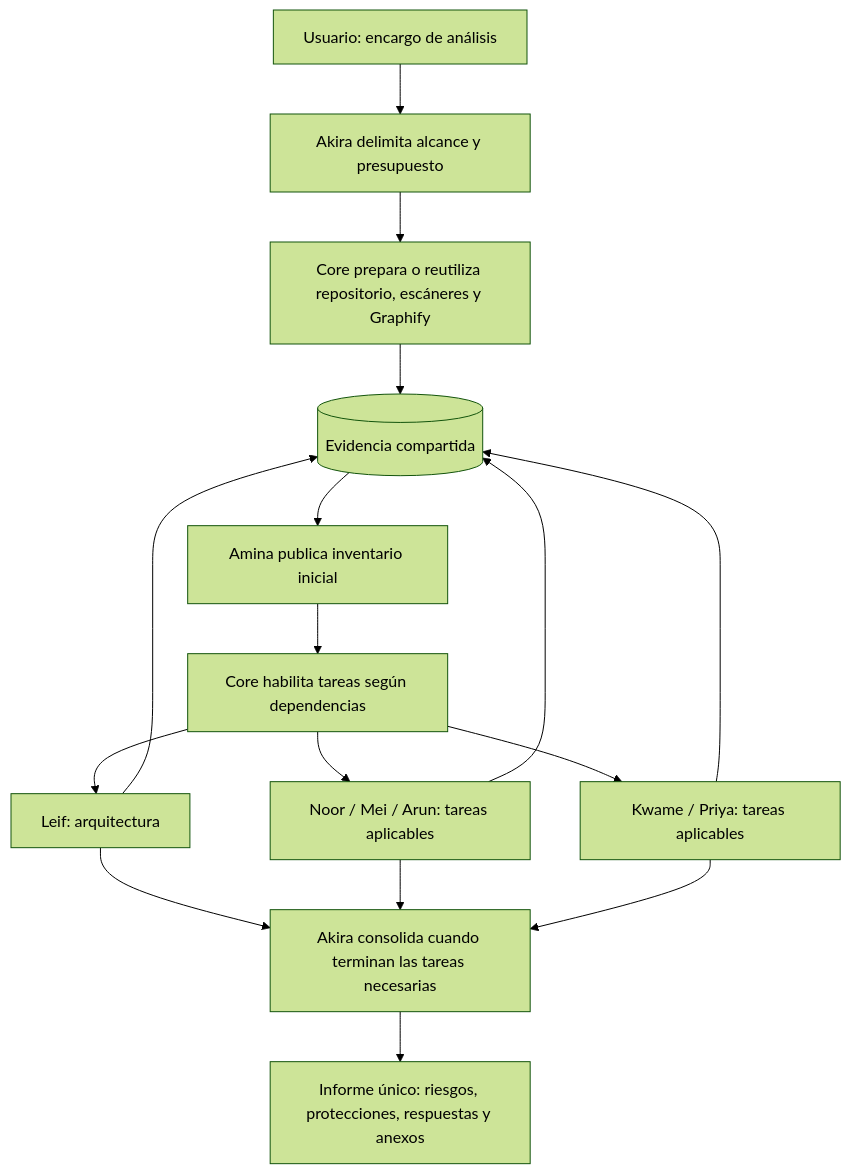
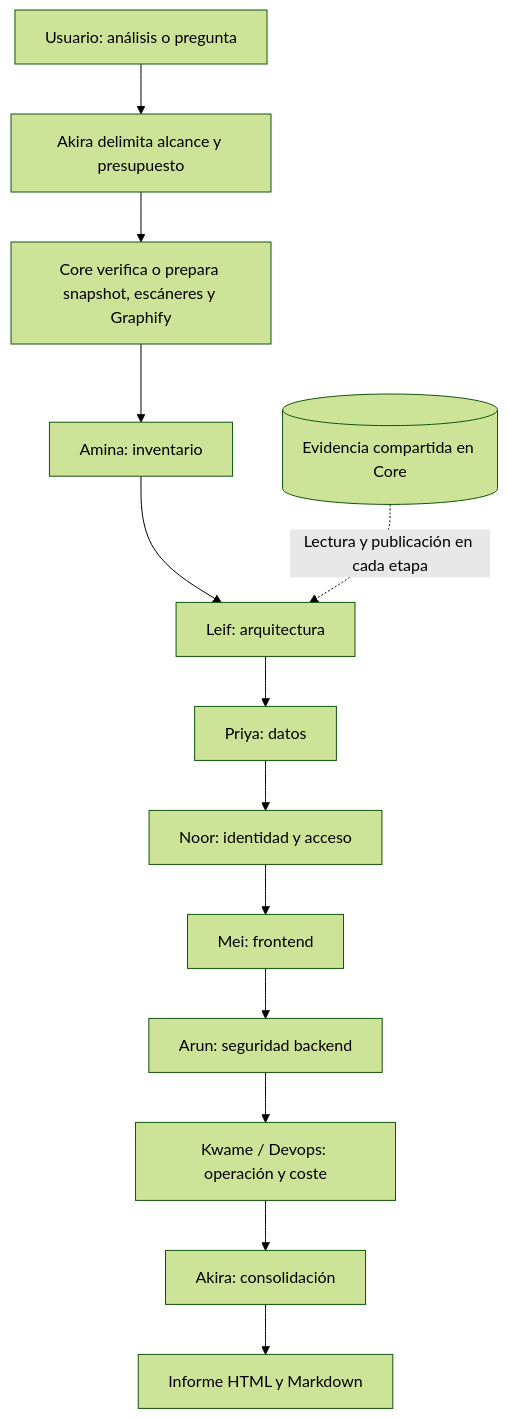
Before and after one commit to ziuld/analysis-office-test: the diagram in docs/PLAN_COORDINACION_CENTRALIZADA.md, drawn with Mermaid (forest theme). The commit also changed other lines of this file and 93 other files, not shown here.

````diff
--- a/docs/PLAN_COORDINACION_CENTRALIZADA.md
+++ b/docs/PLAN_COORDINACION_CENTRALIZADA.md
@@ -106,18 +101,15 @@
 ```mermaid
 flowchart TD
-  U[Usuario: encargo de análisis] --> A[Akira delimita alcance y presupuesto]
-  A --> P[Core prepara o reutiliza repositorio, escáneres y Graphify]
-  P --> K[(Evidencia compartida)]
-  K --> I[Amina publica inventario inicial]
-  I --> Q[Core habilita tareas según dependencias]
-  Q --> L[Leif: arquitectura]
-  Q --> S[Noor / Mei / Arun: tareas aplicables]
-  Q --> D[Kwame / Priya: tareas aplicables]
-  L --> K
-  S --> K
-  D --> K
-  L --> J[Akira consolida cuando terminan las tareas necesarias]
-  S --> J
-  D --> J
-  J --> R[Informe único: riesgos, protecciones, respuestas y anexos]
+  U[Usuario: análisis o pregunta] --> A[Akira delimita alcance y presupuesto]
+  A --> P[Core verifica o prepara snapshot, escáneres y Graphify]
+  P --> I[Amina: inventario]
+  I --> L[Leif: arquitectura]
+  L --> D[Priya: datos]
+  D --> N[Noor: identidad y acceso]
+  N --> M[Mei: frontend]
+  M --> H[Arun: seguridad backend]
+  H --> V[Kwame / Devops: operación y coste]
+  V --> C[Akira: consolidación]
+  C --> R[Informe HTML y Markdown]
+  K[(Evidencia compartida en Core)] -. Lectura y publicación en cada etapa .-> L
 ```
````
